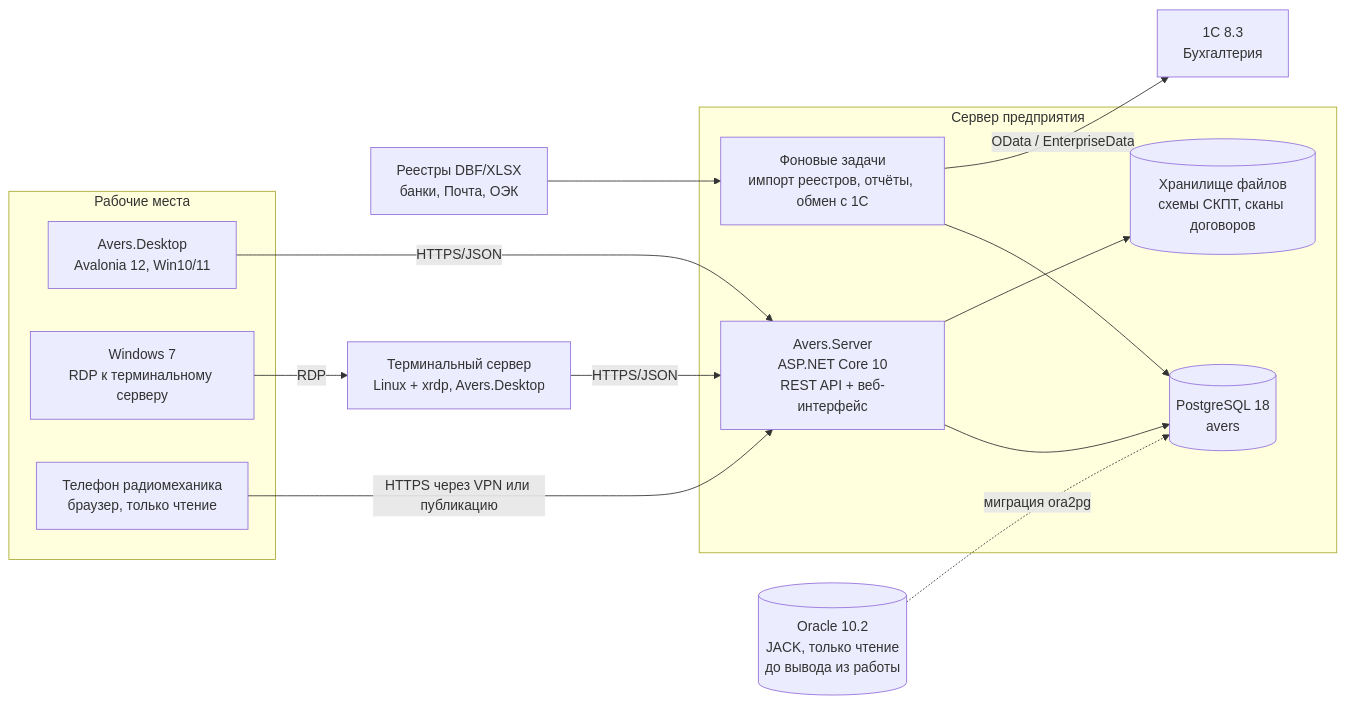
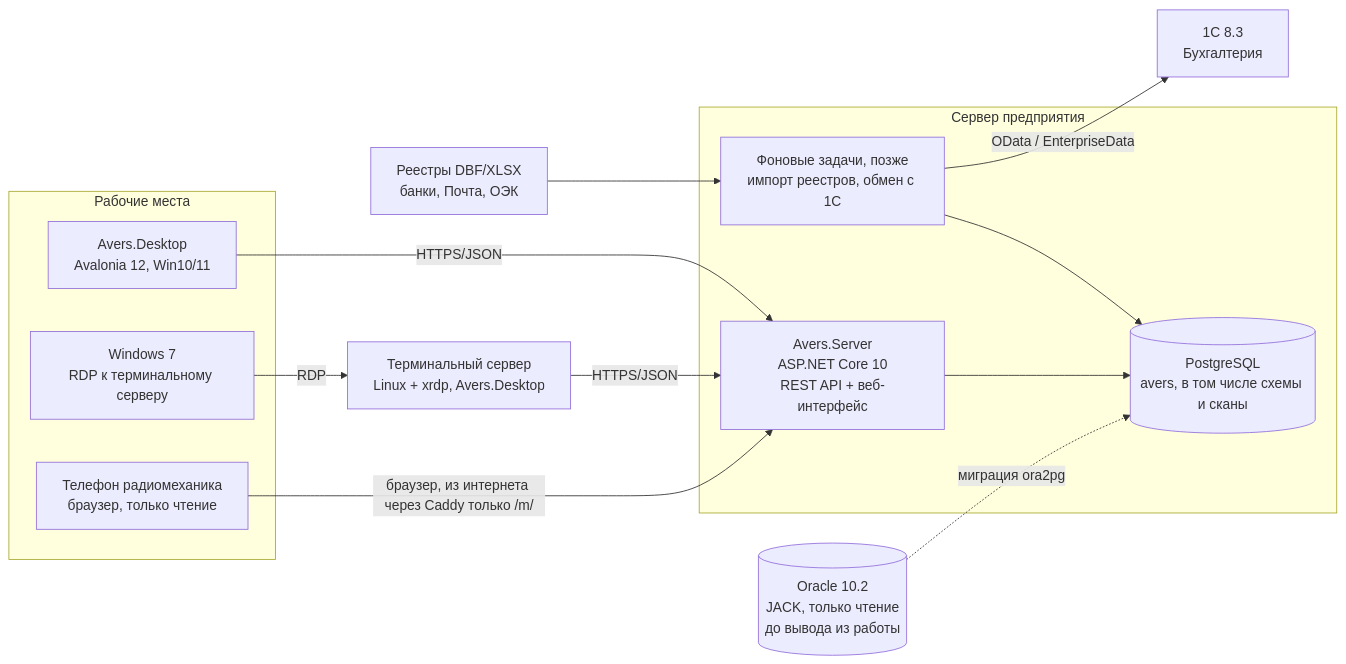
One commit to IlyaLob0v/avers changed the diagram in docs/03-architecture.md. Above: the diagram before and after it, drawn with Mermaid. The commit also changed other lines of this file and 1 other file, not shown here.

````diff
--- a/docs/03-architecture.md
+++ b/docs/03-architecture.md
@@ -12,28 +12,26 @@
 ```mermaid
 flowchart LR
   subgraph Рабочие места
     D[Avers.Desktop<br/>Avalonia 12, Win10/11]
     W7[Windows 7<br/>RDP к терминальному серверу]
     M[Телефон радиомеханика<br/>браузер, только чтение]
   end
   subgraph Сервер предприятия
     S[Avers.Server<br/>ASP.NET Core 10<br/>REST API + веб-интерфейс]
-    J[Фоновые задачи<br/>импорт реестров, отчёты, обмен с 1С]
-    PG[(PostgreSQL 18<br/>avers)]
-    FS[(Хранилище файлов<br/>схемы СКПТ, сканы договоров)]
+    J[Фоновые задачи, позже<br/>импорт реестров, обмен с 1С]
+    PG[(PostgreSQL<br/>avers, в том числе схемы и сканы)]
   end
   ORA[(Oracle 10.2<br/>JACK, только чтение<br/>до вывода из работы)]
   C1[1С 8.3<br/>Бухгалтерия]
   BANK[Реестры DBF/XLSX<br/>банки, Почта, ОЭК]
 
   D -- HTTPS/JSON --> S
   W7 -- RDP --> T[Терминальный сервер<br/>Linux + xrdp, Avers.Desktop]
   T -- HTTPS/JSON --> S
-  M -- HTTPS через VPN или публикацию --> S
+  M -- браузер, из интернета через Caddy только /m/ --> S
   S --> PG
-  S --> FS
   J --> PG
   BANK --> J
   J -- OData / EnterpriseData --> C1
   ORA -. миграция ora2pg .-> PG
 ```
````
